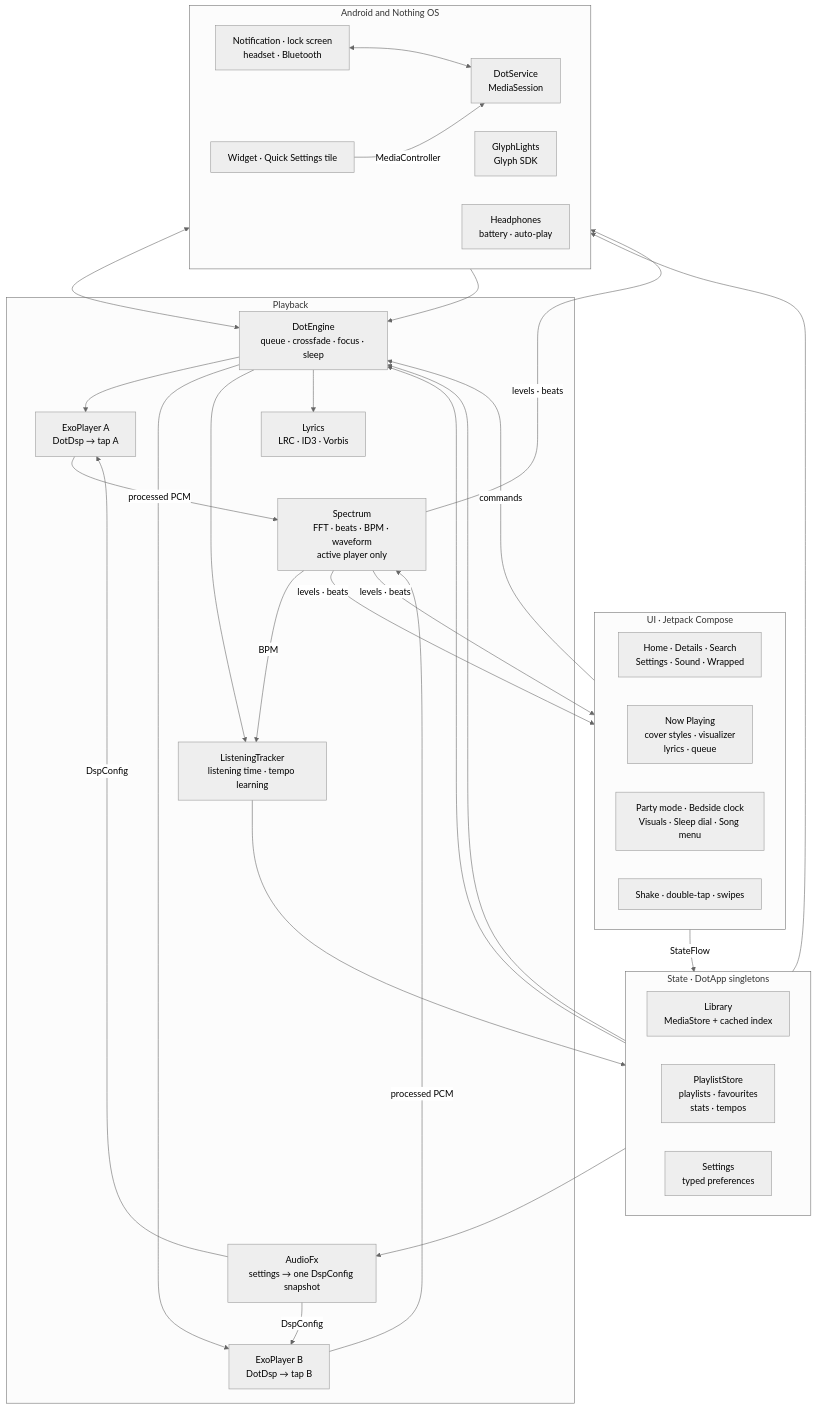
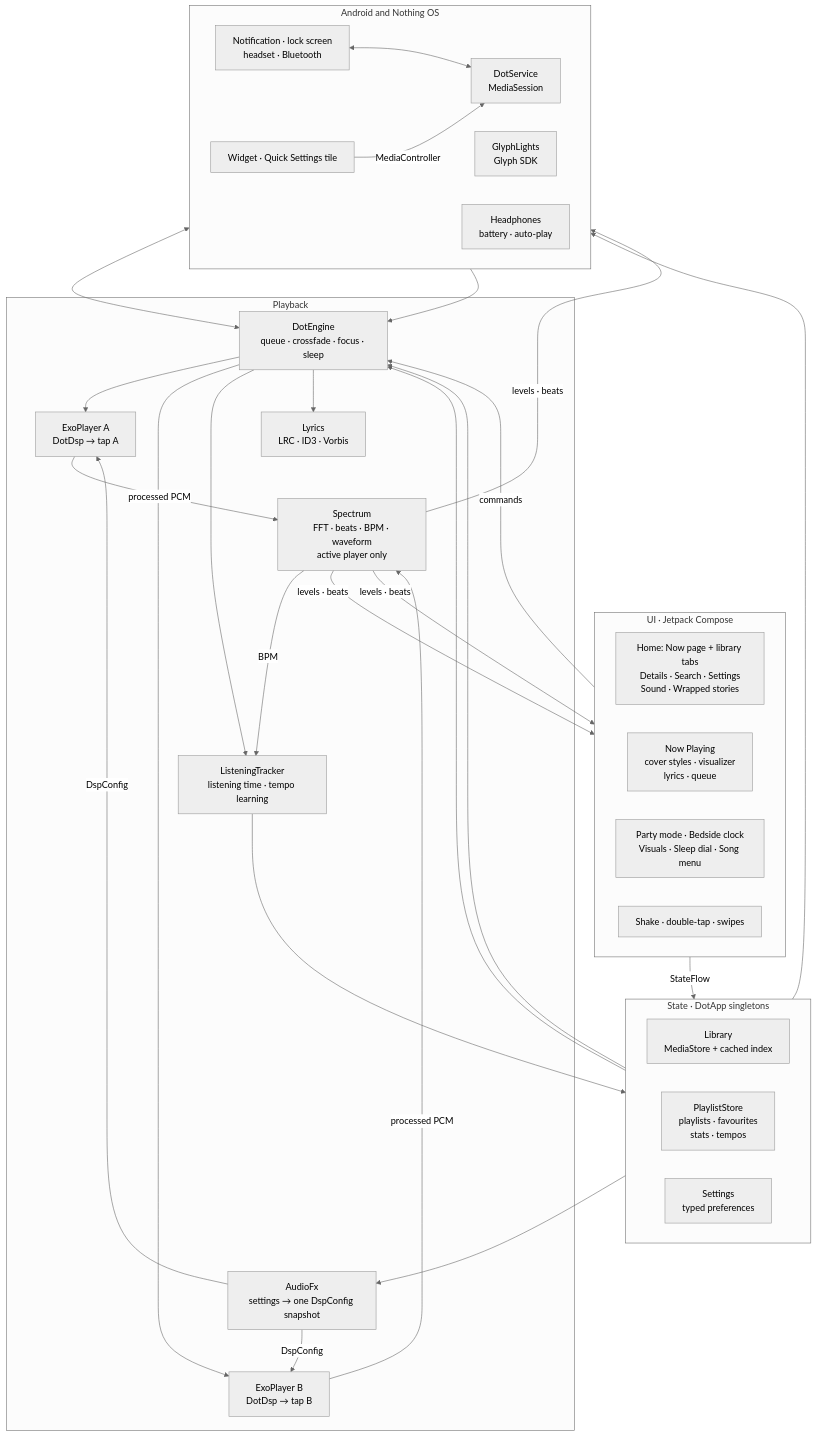
One commit to dhananjay6561/dot changed the first of 6 diagrams in README.md. Above: the diagram before and after it, drawn with Mermaid (neutral theme). The commit also changed other lines of this file, not shown here.

Commit message:
update the architecture notes for the now page and shared cover

````diff
--- a/README.md
+++ b/README.md
@@ -266,52 +266,52 @@
 ```mermaid
 flowchart TB
     subgraph UI["UI · Jetpack Compose"]
         direction LR
-        Screens["Home · Details · Search<br/>Settings · Sound · Wrapped"]
+        Screens["Home: Now page + library tabs<br/>Details · Search · Settings<br/>Sound · Wrapped stories"]
         NP["Now Playing<br/>cover styles · visualizer<br/>lyrics · queue"]
         Overlays["Party mode · Bedside clock<br/>Visuals · Sleep dial · Song menu"]
         Gestures["Shake · double-tap · swipes"]
     end
 
     subgraph Core["State · DotApp singletons"]
         direction LR
         Library["Library<br/>MediaStore + cached index"]
         Store["PlaylistStore<br/>playlists · favourites<br/>stats · tempos"]
         Prefs["Settings<br/>typed preferences"]
     end
 
     subgraph Playback["Playback"]
         Engine["DotEngine<br/>queue · crossfade · focus · sleep"]
         Tracker["ListeningTracker<br/>listening time · tempo learning"]
         P1["ExoPlayer A<br/>DotDsp → tap A"]
         P2["ExoPlayer B<br/>DotDsp → tap B"]
         Fx["AudioFx<br/>settings → one DspConfig snapshot"]
         Spec["Spectrum<br/>FFT · beats · BPM · waveform<br/>active player only"]
         Lyrics["Lyrics<br/>LRC · ID3 · Vorbis"]
     end
 
     subgraph System["Android and Nothing OS"]
         direction LR
         Service["DotService<br/>MediaSession"]
         Glyph["GlyphLights<br/>Glyph SDK"]
         Media["Notification · lock screen<br/>headset · Bluetooth"]
         Widget["Widget · Quick Settings tile"]
         Ear["Headphones<br/>battery · auto-play"]
     end
 
     UI -- "StateFlow" --> Core
     UI -- "commands" --> Engine
     Library --> Engine
     Prefs --> Engine & Glyph
     Engine --> P1 & P2
     Engine --> Tracker --> Store
     Engine --> Lyrics
     Prefs --> Fx -- "DspConfig" --> P1 & P2
     P1 & P2 -- "processed PCM" --> Spec
     Spec -- "levels · beats" --> NP & Overlays & Glyph
     Spec -- "BPM" --> Tracker
     Service <--> Engine
     Media <--> Service
     Widget -- "MediaController" --> Service
     Ear --> Engine
 ```
````
